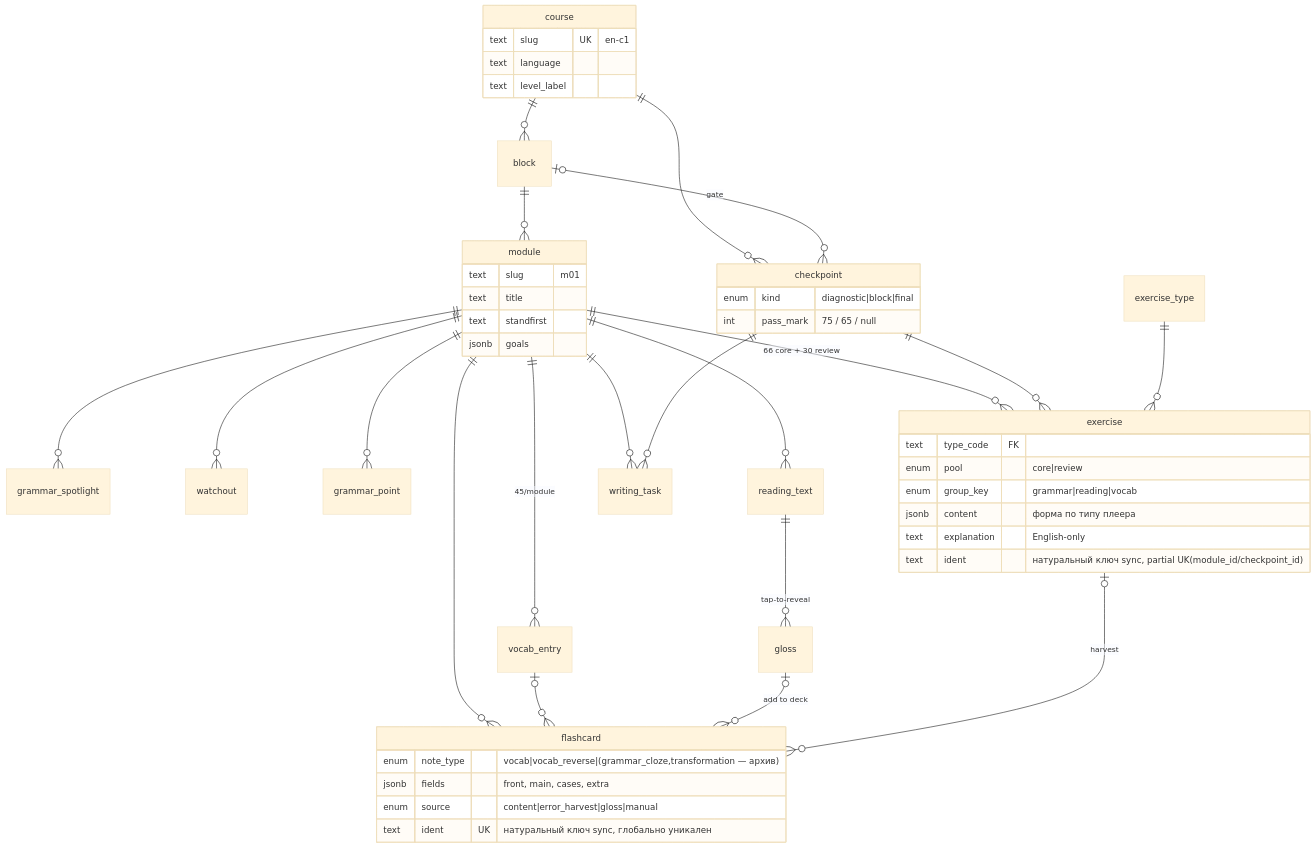
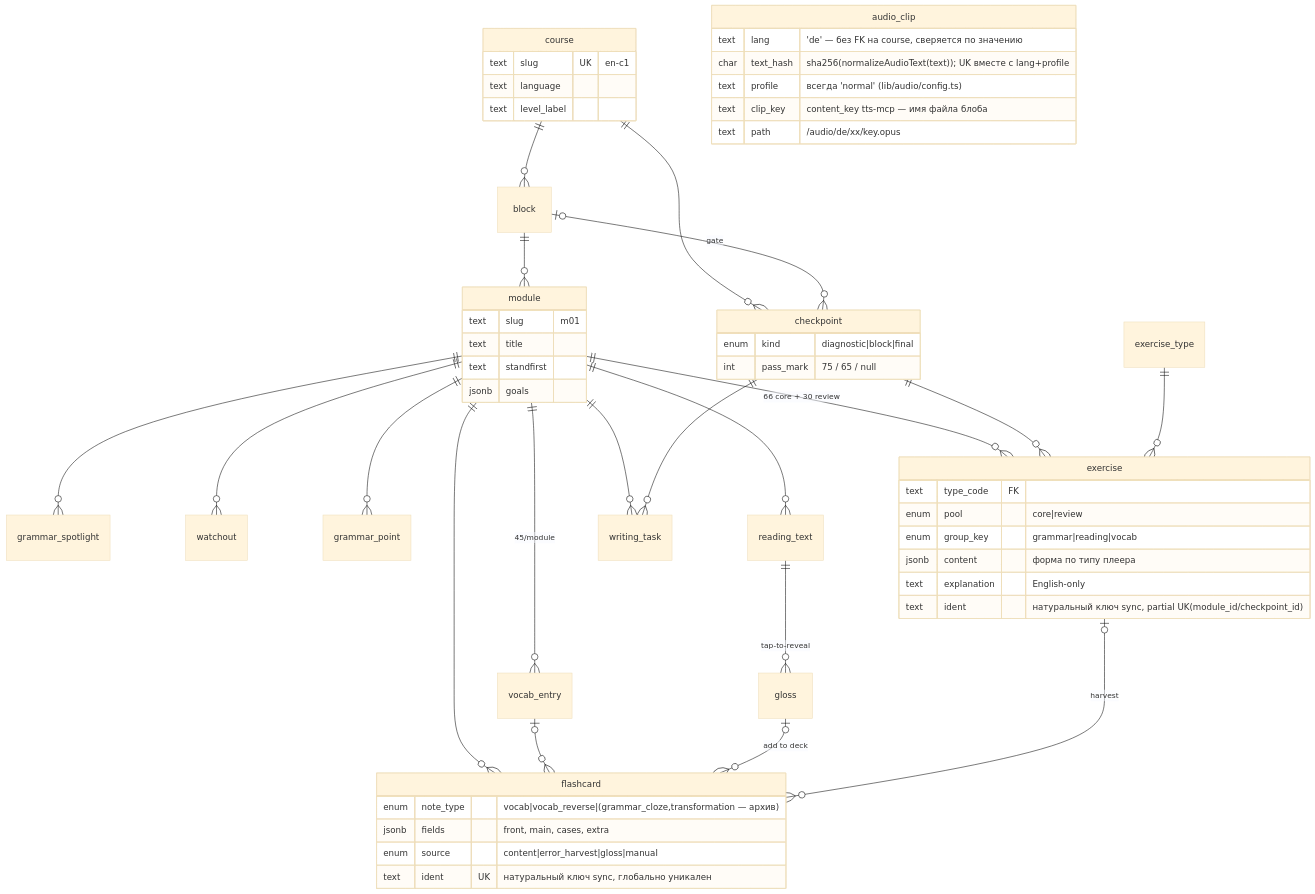
The first of 3 diagrams in docs/DATA-MODEL.md (TrivialJavaBackender/sky-rocket-english), drawn with Mermaid (base theme) before and after one commit. The commit also changed other lines of this file and 33 other files, not shown here.

````diff
--- a/docs/DATA-MODEL.md
+++ b/docs/DATA-MODEL.md
@@ -19,52 +19,59 @@
 ```mermaid
 erDiagram
   course ||--o{ block : ""
   course ||--o{ checkpoint : ""
   block ||--o{ module : ""
   block |o--o{ checkpoint : "gate"
   module ||--o{ grammar_spotlight : ""
   module ||--o{ watchout : ""
   module ||--o{ grammar_point : ""
   module ||--o{ reading_text : ""
   reading_text ||--o{ gloss : "tap-to-reveal"
   module ||--o{ vocab_entry : "45/module"
   module ||--o{ exercise : "66 core + 30 review"
   checkpoint ||--o{ exercise : ""
   exercise_type ||--o{ exercise : ""
   module ||--o{ writing_task : ""
   checkpoint ||--o{ writing_task : ""
   module ||--o{ flashcard : ""
   vocab_entry |o--o{ flashcard : ""
   gloss |o--o{ flashcard : "add to deck"
   exercise |o--o{ flashcard : "harvest"
 
   course {
     text slug UK "en-c1"
     text language
     text level_label
   }
   module {
     text slug "m01"
     text title
     text standfirst
     jsonb goals
   }
   checkpoint {
     enum kind "diagnostic|block|final"
     int pass_mark "75 / 65 / null"
   }
   exercise {
     text type_code FK
     enum pool "core|review"
     enum group_key "grammar|reading|vocab"
     jsonb content "форма по типу плеера"
     text explanation "English-only"
     text ident "натуральный ключ sync, partial UK(module_id/checkpoint_id)"
   }
   flashcard {
     enum note_type "vocab|vocab_reverse|(grammar_cloze,transformation — архив)"
     jsonb fields "front, main, cases, extra"
     enum source "content|error_harvest|gloss|manual"
     text ident UK "натуральный ключ sync, глобально уникален"
   }
+  audio_clip {
+    text lang "'de' — без FK на course, сверяется по значению"
+    char text_hash "sha256(normalizeAudioText(text)); UK вместе с lang+profile"
+    text profile "всегда 'normal' (lib/audio/config.ts)"
+    text clip_key "content_key tts-mcp — имя файла блоба"
+    text path "/audio/de/xx/key.opus"
+  }
 ```
````
